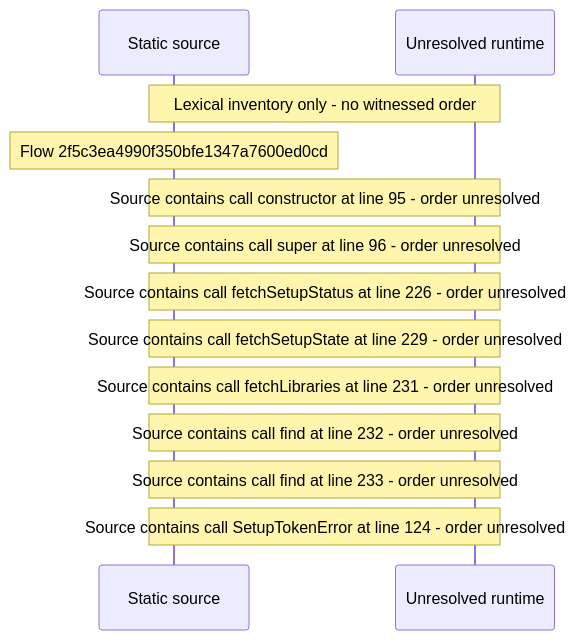
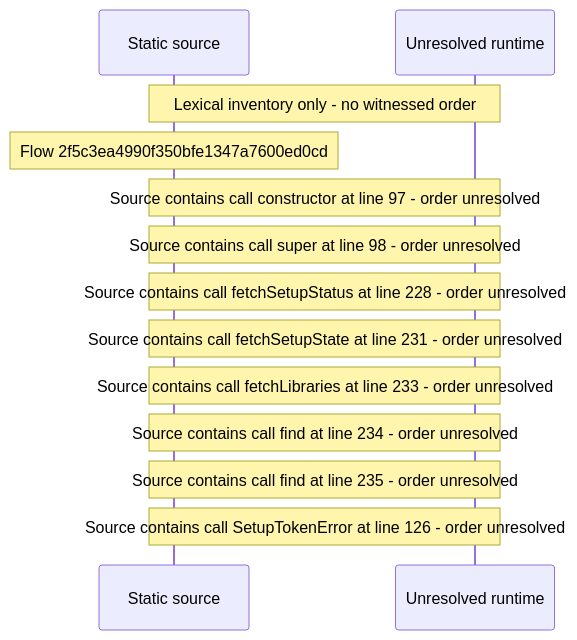
One commit to beamfall/core changed the diagram in docs/web/flows/generated/2f5c3ea4990f350bfe1347a7600ed0cd/flow-diagram.md. Above: the diagram before and after it, drawn with Mermaid. The commit also changed other lines of this file and 715 other files, not shown here.

First line of the commit message:
Regenerate the web flow record on main after CORE-1117

````diff
--- a/docs/web/flows/generated/2f5c3ea4990f350bfe1347a7600ed0cd/flow-diagram.md
+++ b/docs/web/flows/generated/2f5c3ea4990f350bfe1347a7600ed0cd/flow-diagram.md
@@ -10,15 +10,15 @@
 ```mermaid
 sequenceDiagram
     participant S as Static source
     participant U as Unresolved runtime
     Note over S,U: Lexical inventory only - no witnessed order
     Note over S: Flow 2f5c3ea4990f350bfe1347a7600ed0cd
-    Note over S,U: Source contains call constructor at line 95 - order unresolved
-    Note over S,U: Source contains call super at line 96 - order unresolved
-    Note over S,U: Source contains call fetchSetupStatus at line 226 - order unresolved
-    Note over S,U: Source contains call fetchSetupState at line 229 - order unresolved
-    Note over S,U: Source contains call fetchLibraries at line 231 - order unresolved
-    Note over S,U: Source contains call find at line 232 - order unresolved
-    Note over S,U: Source contains call find at line 233 - order unresolved
-    Note over S,U: Source contains call SetupTokenError at line 124 - order unresolved
+    Note over S,U: Source contains call constructor at line 97 - order unresolved
+    Note over S,U: Source contains call super at line 98 - order unresolved
+    Note over S,U: Source contains call fetchSetupStatus at line 228 - order unresolved
+    Note over S,U: Source contains call fetchSetupState at line 231 - order unresolved
+    Note over S,U: Source contains call fetchLibraries at line 233 - order unresolved
+    Note over S,U: Source contains call find at line 234 - order unresolved
+    Note over S,U: Source contains call find at line 235 - order unresolved
+    Note over S,U: Source contains call SetupTokenError at line 126 - order unresolved
 ```
````
